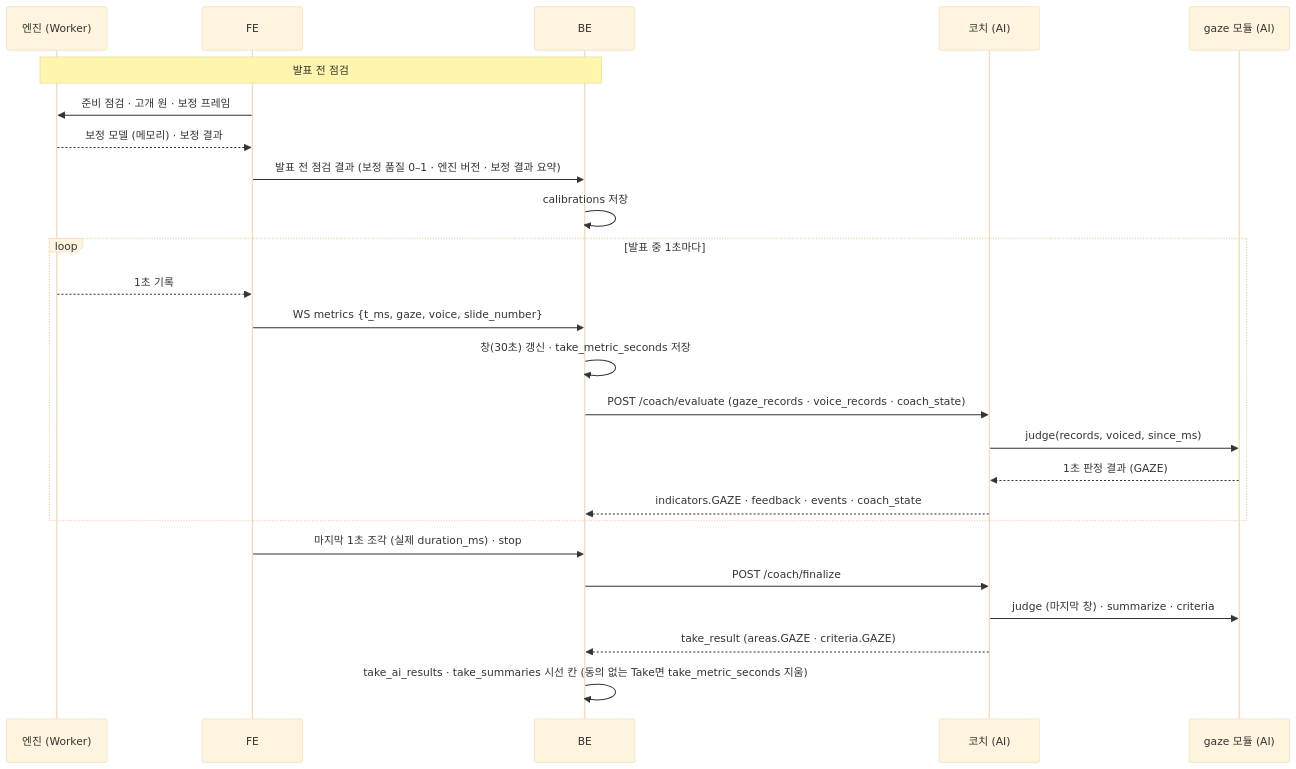
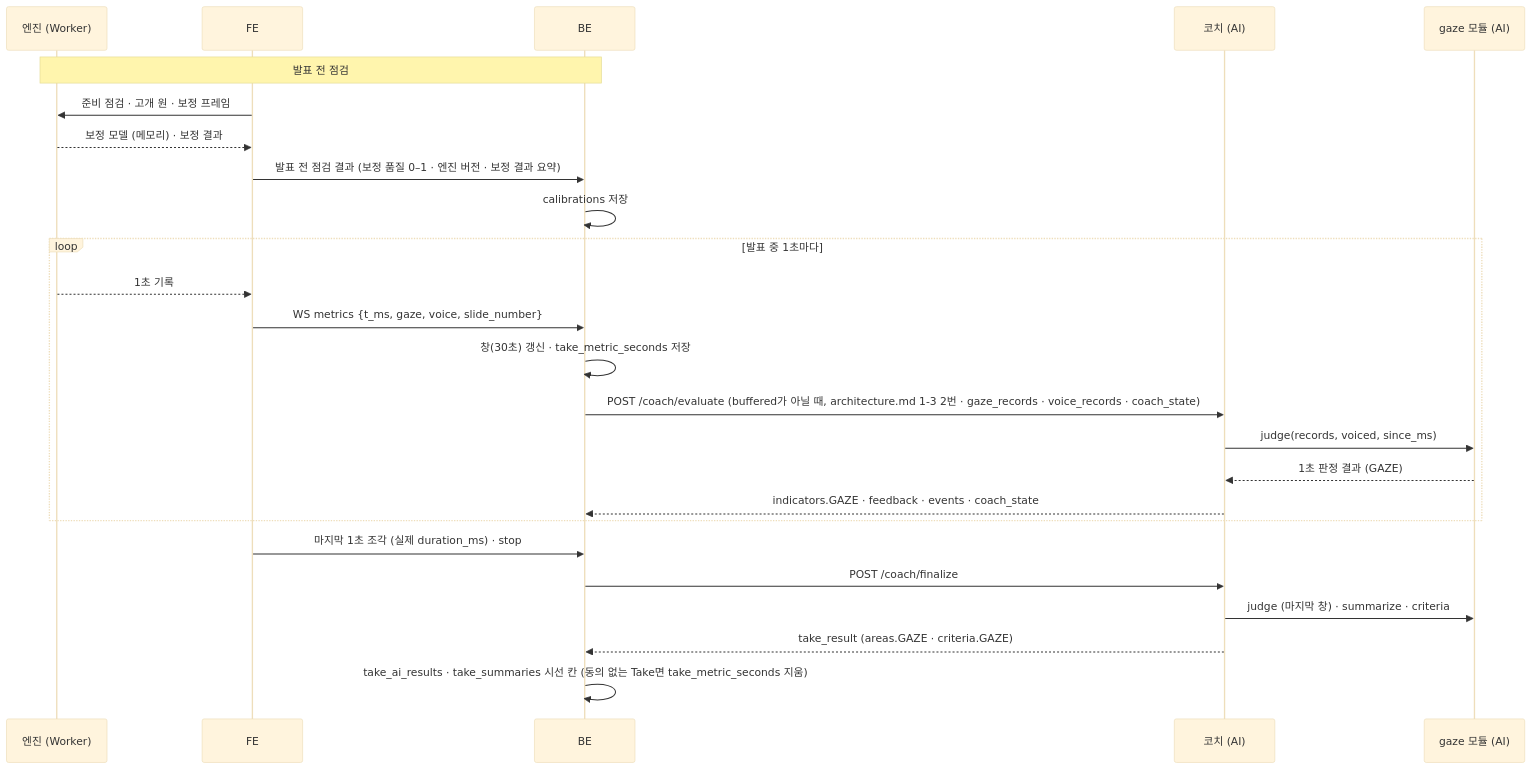
One commit to kakaotechcampus-4/ktc4-pusan-2 changed the second of 2 diagrams in docs/ai/features/gaze-tracking.md. Above: the diagram before and after it, drawn with Mermaid (base theme). The commit also changed other lines of this file and 4 other files, not shown here.

````diff
--- a/docs/ai/features/gaze-tracking.md
+++ b/docs/ai/features/gaze-tracking.md
@@ -531,27 +531,27 @@
 ```mermaid
 sequenceDiagram
     participant E as 엔진 (Worker)
     participant FE
     participant BE
     participant C as 코치 (AI)
     participant G as gaze 모듈 (AI)
     Note over E,BE: 발표 전 점검
     FE->>E: 준비 점검 · 고개 원 · 보정 프레임
     E-->>FE: 보정 모델 (메모리) · 보정 결과
     FE->>BE: 발표 전 점검 결과 (보정 품질 0–1 · 엔진 버전 · 보정 결과 요약)
     BE->>BE: calibrations 저장
     loop 발표 중 1초마다
         E-->>FE: 1초 기록
         FE->>BE: WS metrics {t_ms, gaze, voice, slide_number}
         BE->>BE: 창(30초) 갱신 · take_metric_seconds 저장
-        BE->>C: POST /coach/evaluate (gaze_records · voice_records · coach_state)
+        BE->>C: POST /coach/evaluate (buffered가 아닐 때, architecture.md 1-3 2번 · gaze_records · voice_records · coach_state)
         C->>G: judge(records, voiced, since_ms)
         G-->>C: 1초 판정 결과 (GAZE)
         C-->>BE: indicators.GAZE · feedback · events · coach_state
     end
     FE->>BE: 마지막 1초 조각 (실제 duration_ms) · stop
     BE->>C: POST /coach/finalize
     C->>G: judge (마지막 창) · summarize · criteria
     C-->>BE: take_result (areas.GAZE · criteria.GAZE)
     BE->>BE: take_ai_results · take_summaries 시선 칸 (동의 없는 Take면 take_metric_seconds 지움)
 ```
````
